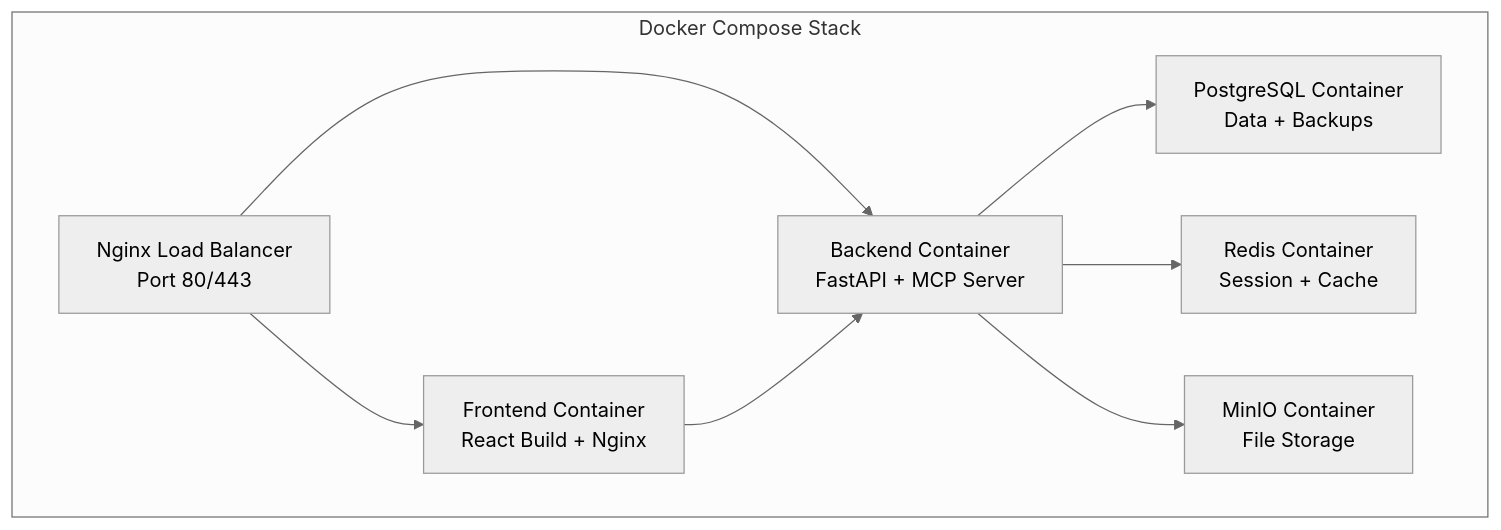
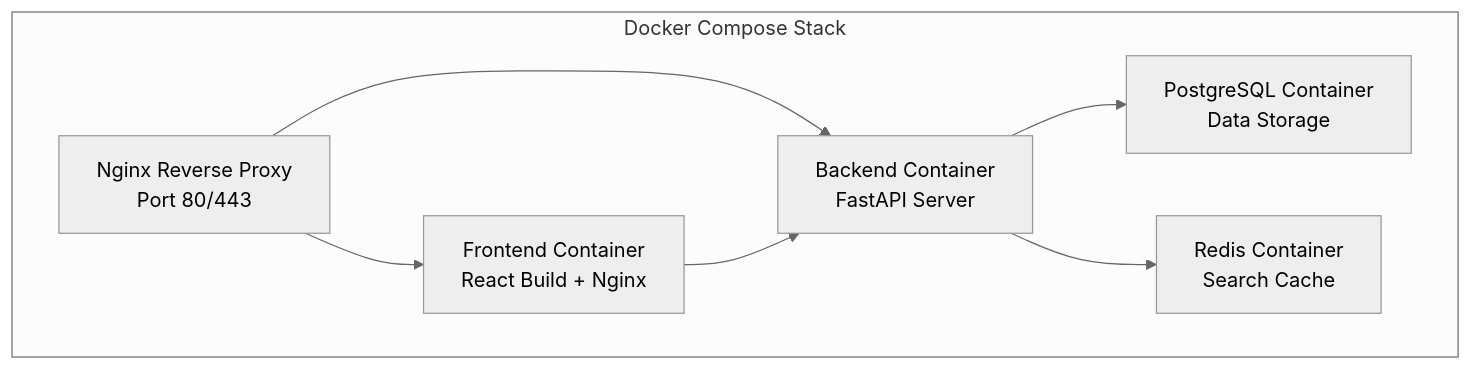
The second of 2 diagrams in 2-high_level_architecture.md (nlejeune/TreeTalk), drawn with Mermaid (neutral theme) before and after one commit. The commit also changed other lines of this file and 2 other files, not shown here.

Commit message:
Adjusted architecture without MCP

````diff
--- a/2-high_level_architecture.md
+++ b/2-high_level_architecture.md
@@ -183,18 +314,16 @@
 ```mermaid
 graph TB
     subgraph "Docker Compose Stack"
-        LB[Nginx Load Balancer<br/>Port 80/443]
+        LB[Nginx Reverse Proxy<br/>Port 80/443]
         FE[Frontend Container<br/>React Build + Nginx]
-        BE[Backend Container<br/>FastAPI + MCP Server]
-        DB[PostgreSQL Container<br/>Data + Backups]
-        CACHE[Redis Container<br/>Session + Cache]
-        FILES[MinIO Container<br/>File Storage]
+        BE[Backend Container<br/>FastAPI Server]
+        DB[PostgreSQL Container<br/>Data Storage]
+        CACHE[Redis Container<br/>Search Cache]
     end
     
     LB --> FE
     LB --> BE
     BE --> DB
     BE --> CACHE
-    BE --> FILES
     FE --> BE
 ```
````
